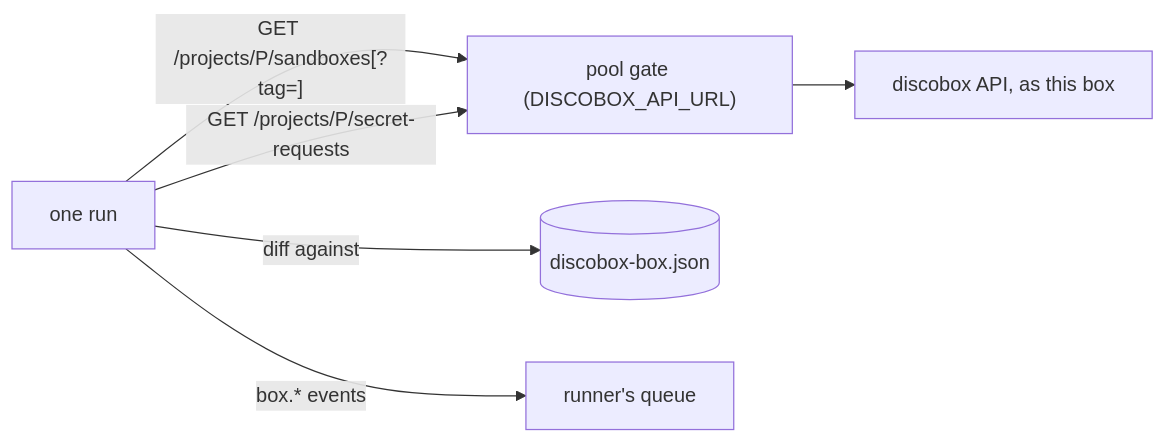
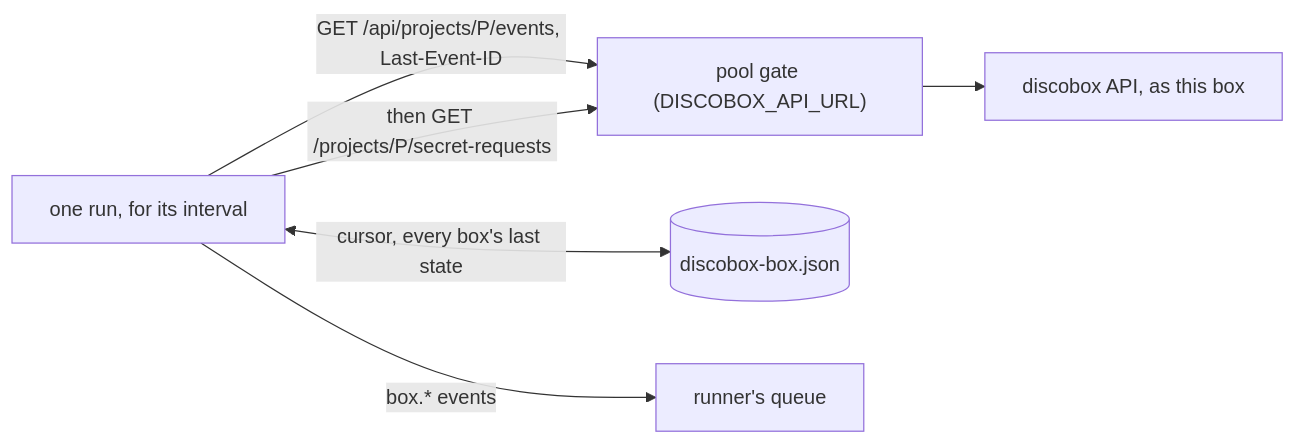
Before and after one commit to discobox-ai/discobox: the diagram in sandbox-agent/monitors/discoboxbox/DESIGN.md, drawn with Mermaid. The commit also changed other lines of this file and 9 other files, not shown here.

First line of the commit message:
feat(monitors): discobox-box follows the sandbox event stream

````diff
--- a/sandbox-agent/monitors/discoboxbox/DESIGN.md
+++ b/sandbox-agent/monitors/discoboxbox/DESIGN.md
@@ -11,8 +12,8 @@
 ```mermaid
 flowchart LR
-  Run["one run"] -->|"GET /projects/P/sandboxes[?tag=]"| Gate["pool gate (DISCOBOX_API_URL)"]
-  Run -->|"GET /projects/P/secret-requests"| Gate
+  Run["one run, for its interval"] -->|"GET /api/projects/P/events, Last-Event-ID"| Gate["pool gate (DISCOBOX_API_URL)"]
+  Run -->|"then GET /projects/P/secret-requests"| Gate
   Gate --> Server["discobox API, as this box"]
-  Run -->|"diff against"| State[("discobox-box.json")]
+  Run <-->|"cursor, every box's last state"| State[("discobox-box.json")]
   Run -->|"box.* events"| Runner["runner's queue"]
 ```
````
